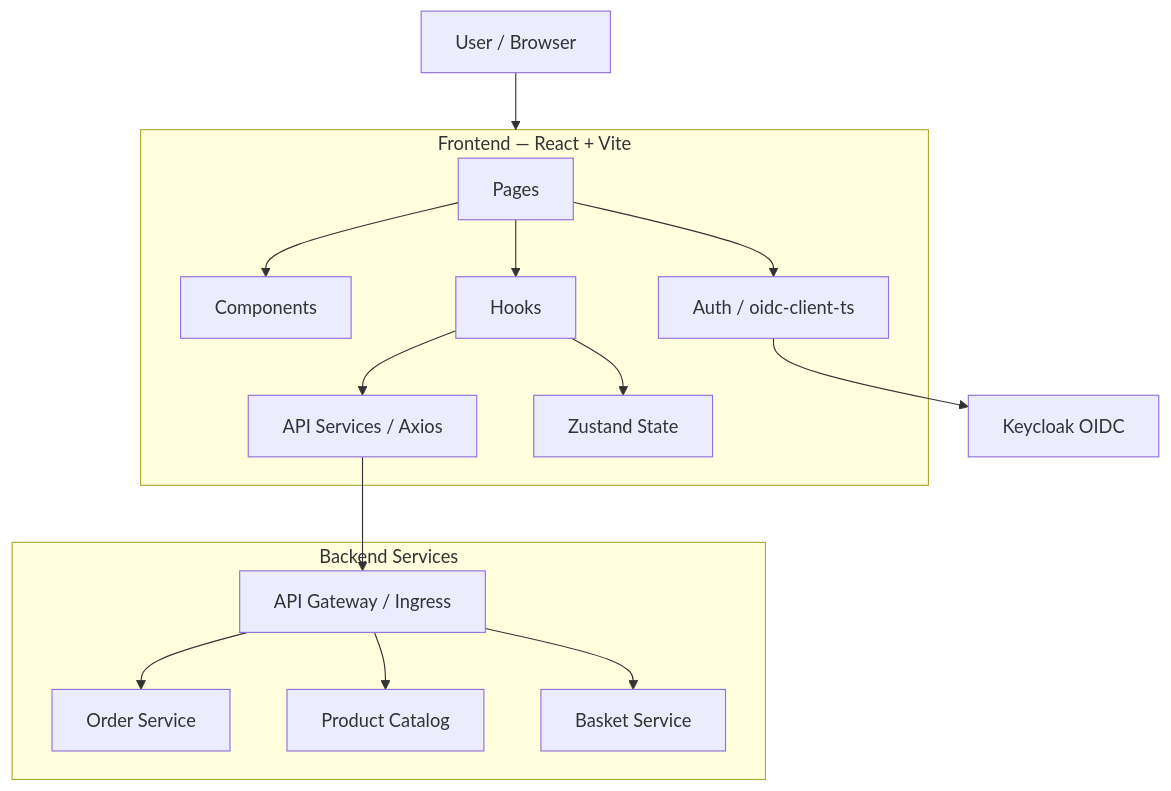
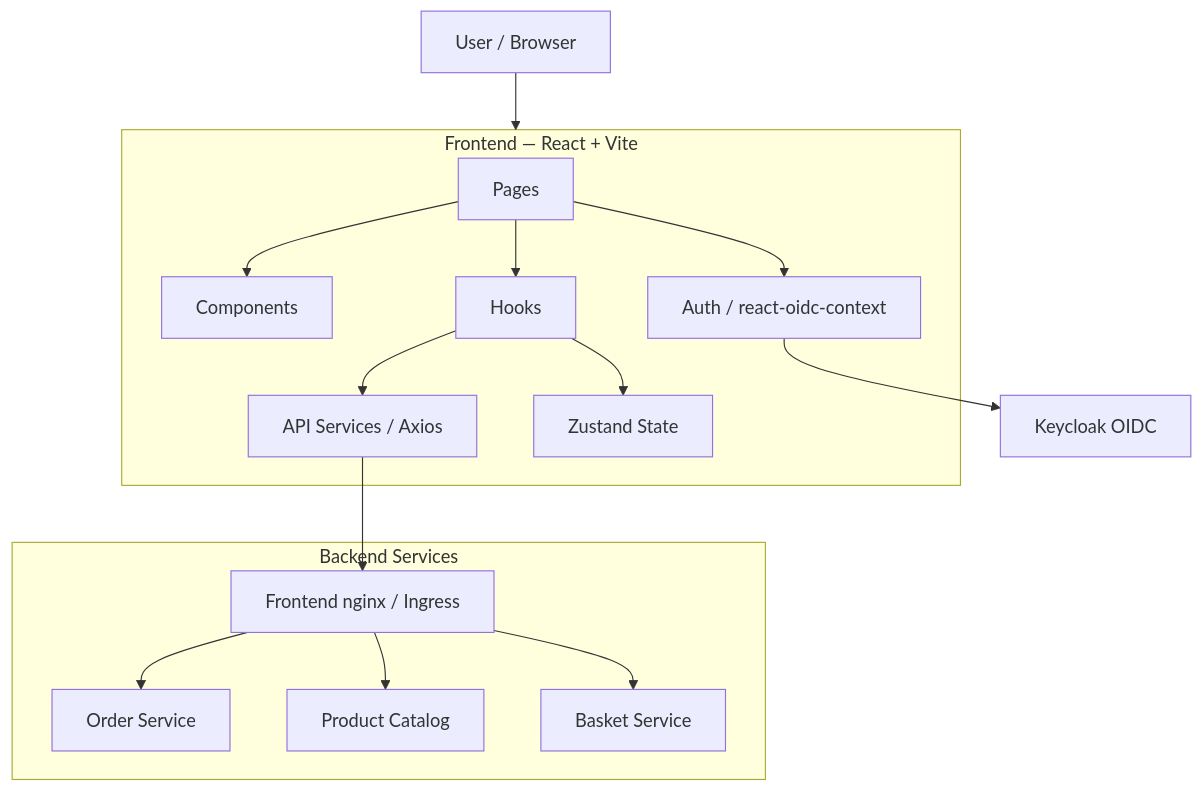
One commit to wilddog64/shopping-cart-frontend changed the first of 2 diagrams in docs/architecture/README.md. Above: the diagram before and after it, drawn with Mermaid. The commit also changed other lines of this file and 1 other file, not shown here.

Commit message:
docs: fix Copilot findings — nginx proxy label, PKCE flow, react-oidc-context label, remove localStorage prescription

````diff
--- a/docs/architecture/README.md
+++ b/docs/architecture/README.md
@@ -9,21 +9,21 @@
 ```mermaid
 graph TD
     U[User / Browser] --> FE
 
     subgraph FE[Frontend — React + Vite]
         Pages --> Components
         Pages --> Hooks
         Hooks --> Services[API Services / Axios]
         Hooks --> Stores[Zustand State]
-        Pages --> Auth[Auth / oidc-client-ts]
+        Pages --> Auth[Auth / react-oidc-context]
     end
 
     Auth --> KC[Keycloak OIDC]
-    Services --> GW[API Gateway / Ingress]
+    Services --> GW[Frontend nginx / Ingress]
 
     subgraph Backend[Backend Services]
         GW --> OS[Order Service]
         GW --> PC[Product Catalog]
         GW --> BS[Basket Service]
     end
 ```
````
